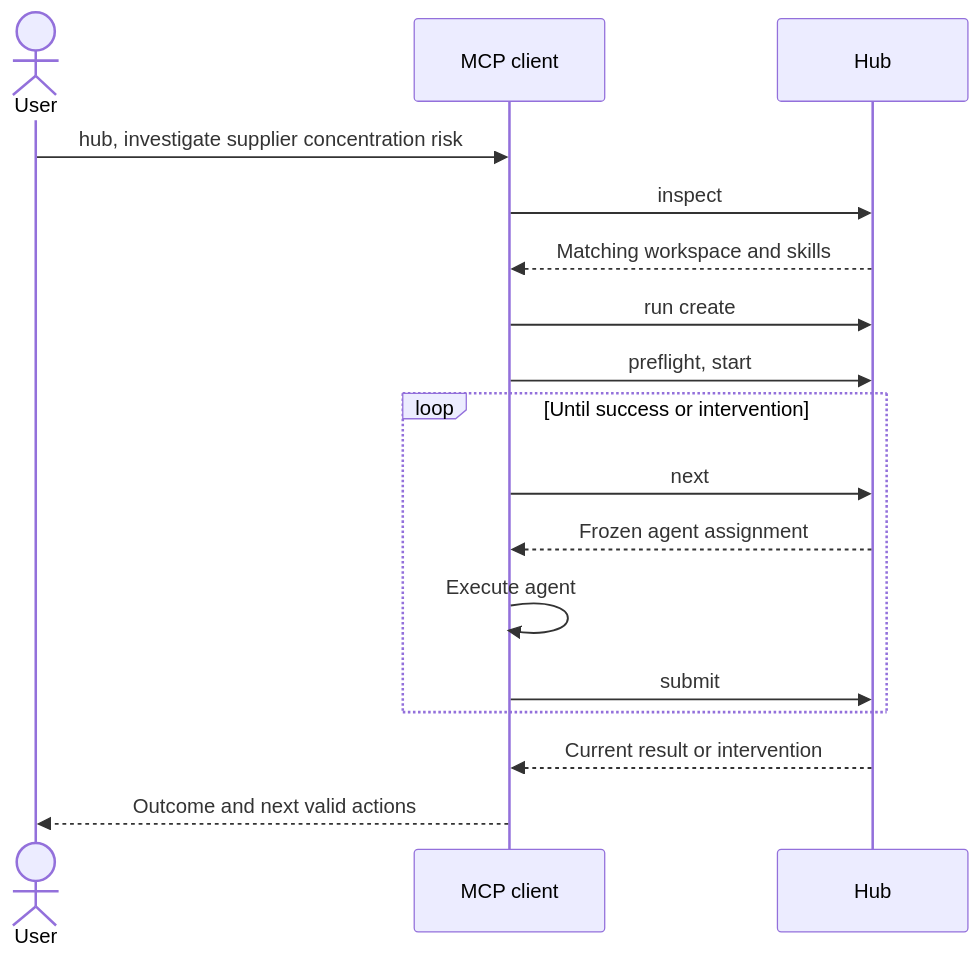
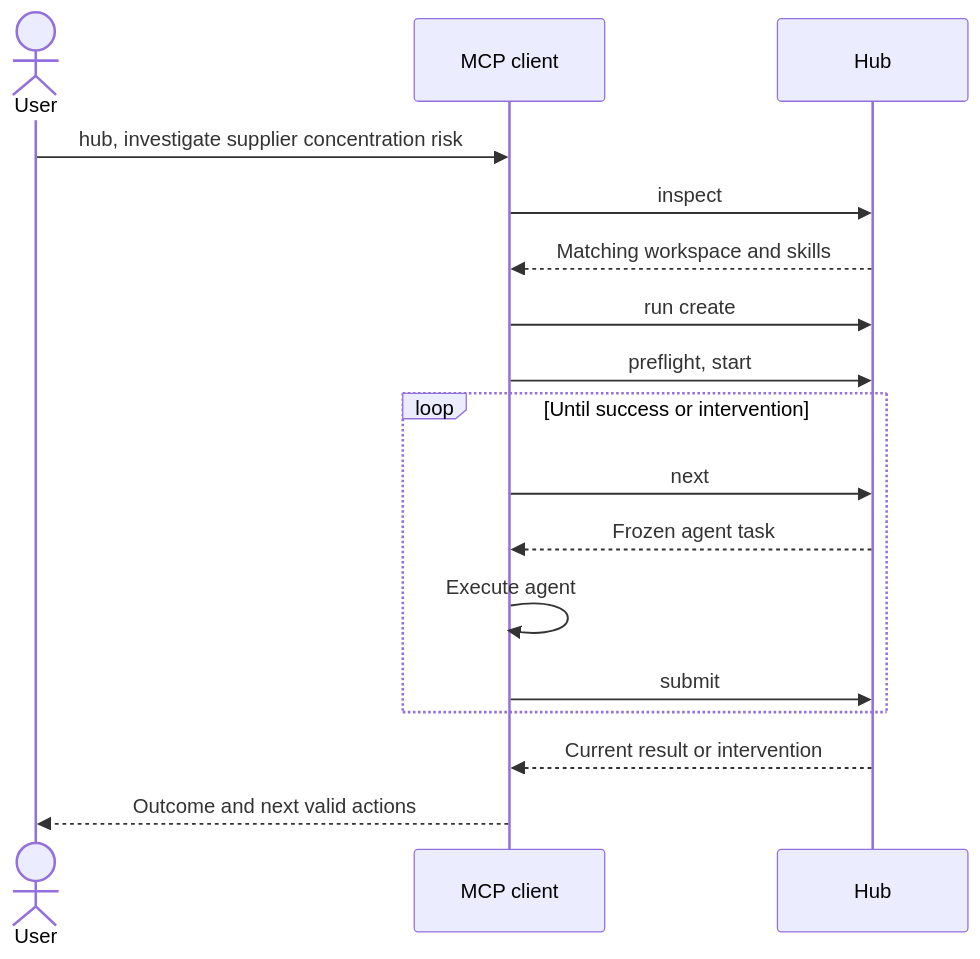
Before and after one commit to dryotta/open-knowledge-hub: the sixth of 6 diagrams in docs/superpowers/specs/2026-07-17-workspace-module-design.md, drawn with Mermaid. The commit also changed other lines of this file, not shown here.

First line of the commit message:
docs: align workspace task terminology

````diff
--- a/docs/superpowers/specs/2026-07-17-workspace-module-design.md
+++ b/docs/superpowers/specs/2026-07-17-workspace-module-design.md
@@ -667,20 +672,20 @@
 ```mermaid
 sequenceDiagram
     actor U as User
     participant C as MCP client
     participant H as Hub
 
     U->>C: hub, investigate supplier concentration risk
     C->>H: inspect
     H-->>C: Matching workspace and skills
     C->>H: run create
     C->>H: preflight, start
     loop Until success or intervention
         C->>H: next
-        H-->>C: Frozen agent assignment
+        H-->>C: Frozen agent task
         C->>C: Execute agent
         C->>H: submit
     end
     H-->>C: Current result or intervention
     C-->>U: Outcome and next valid actions
 ```
````
